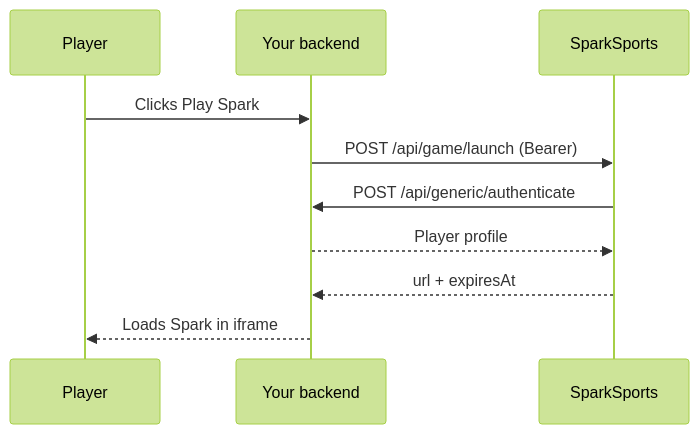
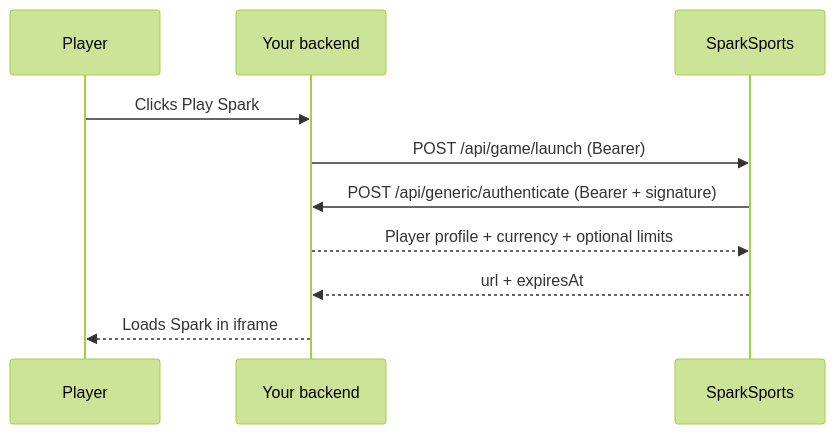
One commit to SparkSports-ai/integration-docs changed the first of 2 diagrams in content/docs/how-it-works.mdx. Above: the diagram before and after it, drawn with Mermaid (forest theme). The commit also changed other lines of this file and 12 other files, not shown here.

Commit message:
docs: harden Spark Partner API v1 draft

````diff
--- a/content/docs/how-it-works.mdx
+++ b/content/docs/how-it-works.mdx
@@ -21,12 +21,12 @@
 ```mermaid
 sequenceDiagram
     participant Player
     participant Backend as Your backend
     participant Spark as SparkSports
     Player->>Backend: Clicks Play Spark
     Backend->>Spark: POST /api/game/launch (Bearer)
-    Spark->>Backend: POST /api/generic/authenticate
-    Backend-->>Spark: Player profile
+    Spark->>Backend: POST /api/generic/authenticate (Bearer + signature)
+    Backend-->>Spark: Player profile + currency + optional limits
     Spark-->>Backend: url + expiresAt
     Backend-->>Player: Loads Spark in iframe
 ```
````
